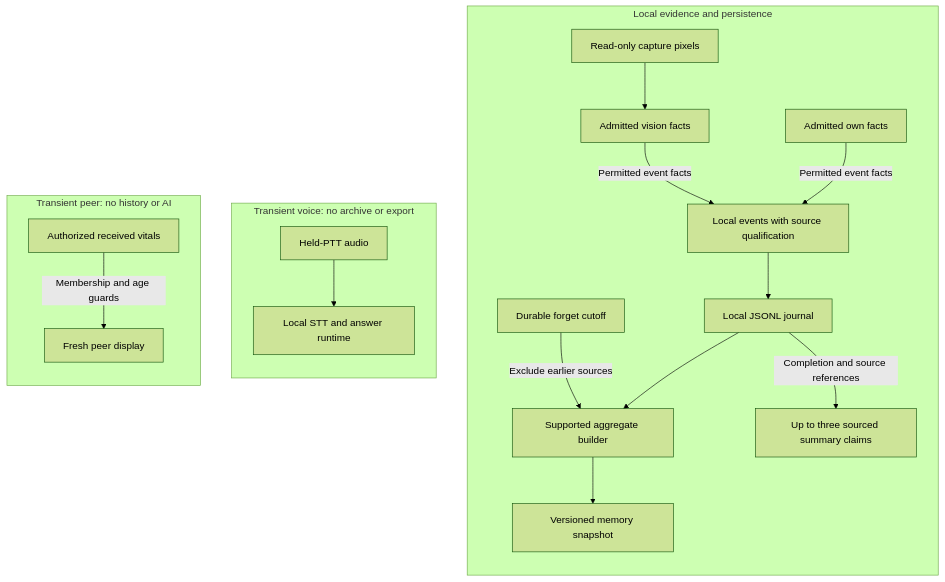
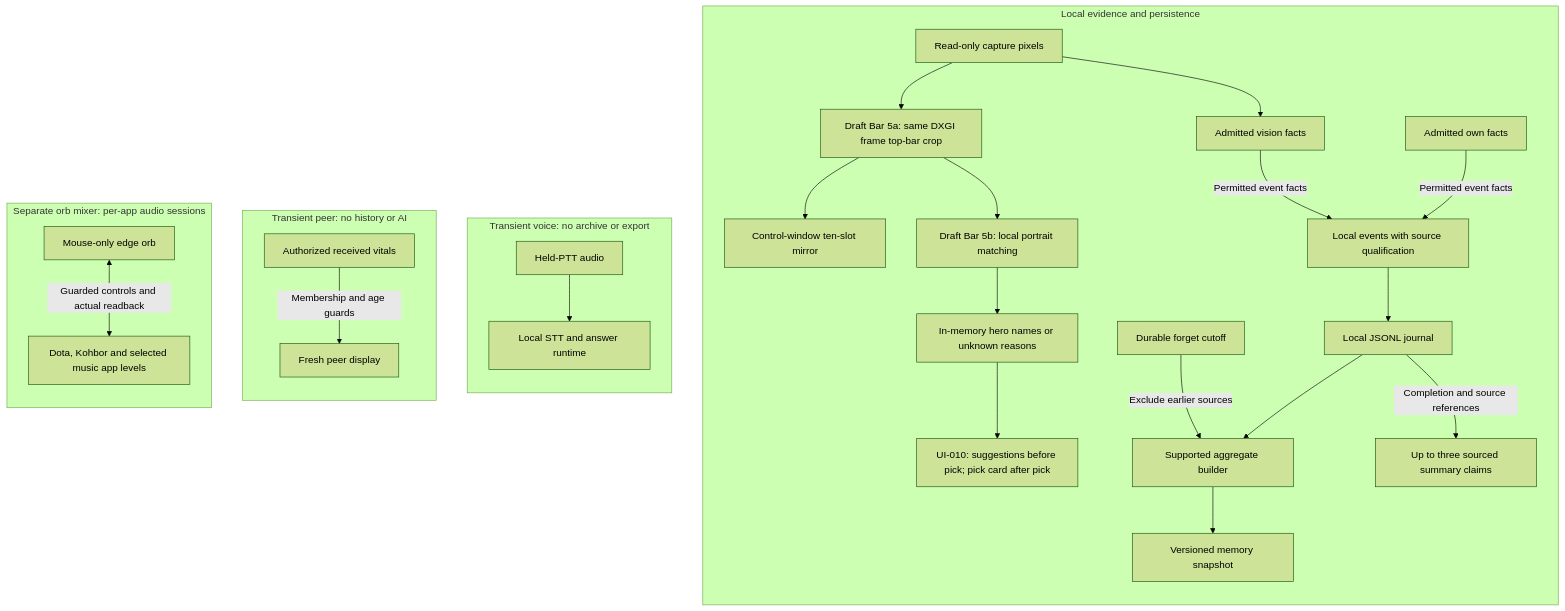
Before and after one commit to Freshair129/kohbor: the diagram in docs/diagrams/source/DGM-004-local-data-flow.mmd, drawn with Mermaid (forest theme). The commit also changed 33 other files, not shown here.

First line of the commit message:
docs(spec): record DEC-CRITICAL-MEDIA and DEC-RISK-DETAIL approach, add UI-012 draft strip, refresh diagrams

```diff
--- a/docs/diagrams/source/DGM-004-local-data-flow.mmd
+++ b/docs/diagrams/source/DGM-004-local-data-flow.mmd
@@ -1,33 +1,49 @@
 flowchart TB
   subgraph Evidence["Local evidence and persistence"]
     direction TB
     Own["Admitted own facts"]
     Pixels["Read-only capture pixels"]
+    DraftCrop["Draft Bar 5a: same DXGI frame top-bar crop"]
+    Mirror["Control-window ten-slot mirror"]
+    HeroMatch["Draft Bar 5b: local portrait matching"]
+    DraftSlots["In-memory hero names or unknown reasons"]
+    PickView["UI-010: suggestions before pick; pick card after pick"]
     Vision["Admitted vision facts"]
     Events["Local events with source qualification"]
     Journal["Local JSONL journal"]
     Aggregate["Supported aggregate builder"]
     Cutoff["Durable forget cutoff"]
     Memory["Versioned memory snapshot"]
     Summary["Up to three sourced summary claims"]
     Pixels --> Vision
+    Pixels --> DraftCrop
+    DraftCrop --> Mirror
+    DraftCrop --> HeroMatch
+    HeroMatch --> DraftSlots
+    DraftSlots --> PickView
     Own -->|"Permitted event facts"| Events
     Vision -->|"Permitted event facts"| Events
     Events --> Journal
     Journal --> Aggregate
     Cutoff -->|"Exclude earlier sources"| Aggregate
     Aggregate --> Memory
     Journal -->|"Completion and source references"| Summary
   end
   subgraph Voice["Transient voice: no archive or export"]
     direction TB
     PCM["Held-PTT audio"]
     Answer["Local STT and answer runtime"]
     PCM --> Answer
   end
   subgraph Peer["Transient peer: no history or AI"]
     direction TB
     Vitals["Authorized received vitals"]
     Display["Fresh peer display"]
     Vitals -->|"Membership and age guards"| Display
   end
+  subgraph Mixer["Separate orb mixer: per-app audio sessions"]
+    direction TB
+    Orb["Mouse-only edge orb"]
+    Sessions["Dota, Kohbor and selected music app levels"]
+    Orb <-->|"Guarded controls and actual readback"| Sessions
+  end
```
